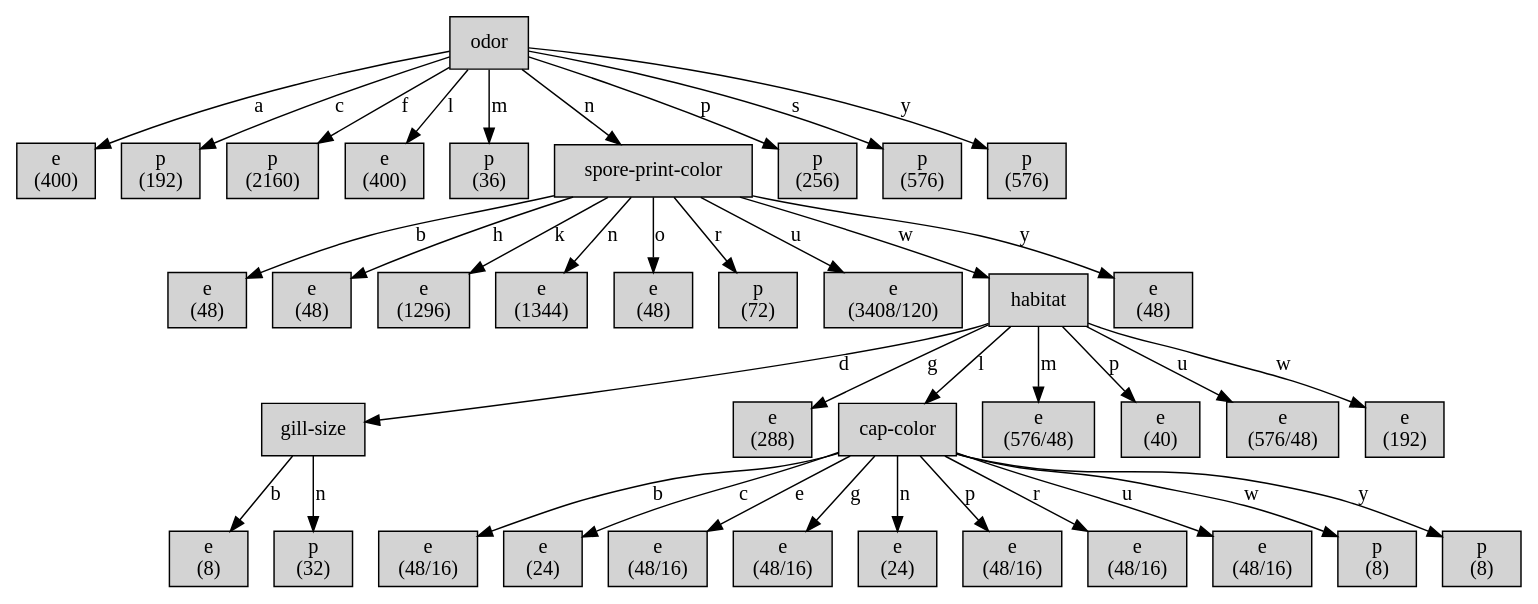
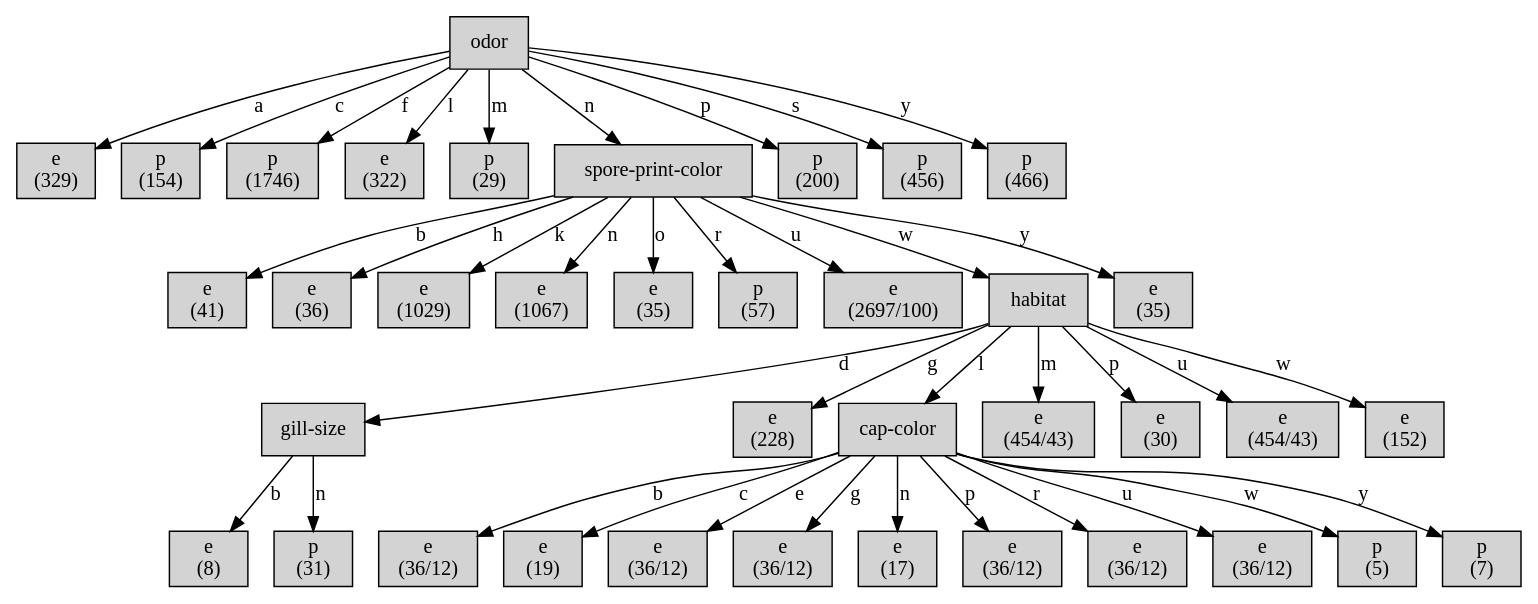
Before and after one commit to thesirodom/DecisionTree-mushroomDataset: the diagram in out.dot, drawn with Graphviz. The commit also changed 6 other files, not shown here.

```diff
--- a/out.dot
+++ b/out.dot
@@ -1,153 +1,153 @@
 digraph ID3_Tree {
 "0" [shape=box, style=filled, label="odor
 ", weight=1]
 "1" [shape=box, style=filled, label="e
-(400)
+(329)
 ", weight=2]
 0 -> 1 [ label = "a"];
 "2" [shape=box, style=filled, label="p
-(192)
+(154)
 ", weight=2]
 0 -> 2 [ label = "c"];
 "3" [shape=box, style=filled, label="p
-(2160)
+(1746)
 ", weight=2]
 0 -> 3 [ label = "f"];
 "4" [shape=box, style=filled, label="e
-(400)
+(322)
 ", weight=2]
 0 -> 4 [ label = "l"];
 "5" [shape=box, style=filled, label="p
-(36)
+(29)
 ", weight=2]
 0 -> 5 [ label = "m"];
 "6" [shape=box, style=filled, label="spore-print-color
 ", weight=2]
 0 -> 6 [ label = "n"];
 "7" [shape=box, style=filled, label="e
-(48)
+(41)
 ", weight=3]
 6 -> 7 [ label = "b"];
 "8" [shape=box, style=filled, label="e
-(48)
+(36)
 ", weight=3]
 6 -> 8 [ label = "h"];
 "9" [shape=box, style=filled, label="e
-(1296)
+(1029)
 ", weight=3]
 6 -> 9 [ label = "k"];
 "10" [shape=box, style=filled, label="e
-(1344)
+(1067)
 ", weight=3]
 6 -> 10 [ label = "n"];
 "11" [shape=box, style=filled, label="e
-(48)
+(35)
 ", weight=3]
 6 -> 11 [ label = "o"];
 "12" [shape=box, style=filled, label="p
-(72)
+(57)
 ", weight=3]
 6 -> 12 [ label = "r"];
 "13" [shape=box, style=filled, label="e
-(3408/120)
+(2697/100)
 ", weight=3]
 6 -> 13 [ label = "u"];
 "14" [shape=box, style=filled, label="habitat
 ", weight=3]
 6 -> 14 [ label = "w"];
 "15" [shape=box, style=filled, label="gill-size
 ", weight=4]
 14 -> 15 [ label = "d"];
 "16" [shape=box, style=filled, label="e
 (8)
 ", weight=5]
 15 -> 16 [ label = "b"];
 "17" [shape=box, style=filled, label="p
-(32)
+(31)
 ", weight=5]
 15 -> 17 [ label = "n"];
 "18" [shape=box, style=filled, label="e
-(288)
+(228)
 ", weight=4]
 14 -> 18 [ label = "g"];
 "19" [shape=box, style=filled, label="cap-color
 ", weight=4]
 14 -> 19 [ label = "l"];
 "20" [shape=box, style=filled, label="e
-(48/16)
+(36/12)
 ", weight=5]
 19 -> 20 [ label = "b"];
 "21" [shape=box, style=filled, label="e
-(24)
+(19)
 ", weight=5]
 19 -> 21 [ label = "c"];
 "22" [shape=box, style=filled, label="e
-(48/16)
+(36/12)
 ", weight=5]
 19 -> 22 [ label = "e"];
 "23" [shape=box, style=filled, label="e
-(48/16)
+(36/12)
 ", weight=5]
 19 -> 23 [ label = "g"];
 "24" [shape=box, style=filled, label="e
-(24)
+(17)
 ", weight=5]
 19 -> 24 [ label = "n"];
 "25" [shape=box, style=filled, label="e
-(48/16)
+(36/12)
 ", weight=5]
 19 -> 25 [ label = "p"];
 "26" [shape=box, style=filled, label="e
-(48/16)
+(36/12)
 ", weight=5]
 19 -> 26 [ label = "r"];
 "27" [shape=box, style=filled, label="e
-(48/16)
+(36/12)
 ", weight=5]
 19 -> 27 [ label = "u"];
 "28" [shape=box, style=filled, label="p
-(8)
+(5)
 ", weight=5]
 19 -> 28 [ label = "w"];
 "29" [shape=box, style=filled, label="p
-(8)
+(7)
 ", weight=5]
 19 -> 29 [ label = "y"];
 "30" [shape=box, style=filled, label="e
-(576/48)
+(454/43)
 ", weight=4]
 14 -> 30 [ label = "m"];
 "31" [shape=box, style=filled, label="e
-(40)
+(30)
 ", weight=4]
 14 -> 31 [ label = "p"];
 "32" [shape=box, style=filled, label="e
-(576/48)
+(454/43)
 ", weight=4]
 14 -> 32 [ label = "u"];
 "33" [shape=box, style=filled, label="e
-(192)
+(152)
 ", weight=4]
 14 -> 33 [ label = "w"];
 "34" [shape=box, style=filled, label="e
-(48)
+(35)
 ", weight=3]
 6 -> 34 [ label = "y"];
 "35" [shape=box, style=filled, label="p
-(256)
+(200)
 ", weight=2]
 0 -> 35 [ label = "p"];
 "36" [shape=box, style=filled, label="p
-(576)
+(456)
 ", weight=2]
 0 -> 36 [ label = "s"];
 "37" [shape=box, style=filled, label="p
-(576)
+(466)
 ", weight=2]
 0 -> 37 [ label = "y"];
 {rank=same; 0;};
 {rank=same; 1;2;3;4;5;6;35;36;37;};
 {rank=same; 7;8;9;10;11;12;13;14;34;};
 {rank=same; 15;18;19;30;31;32;33;};
 {rank=same; 16;17;20;21;22;23;24;25;26;27;28;29;};
 }
```
